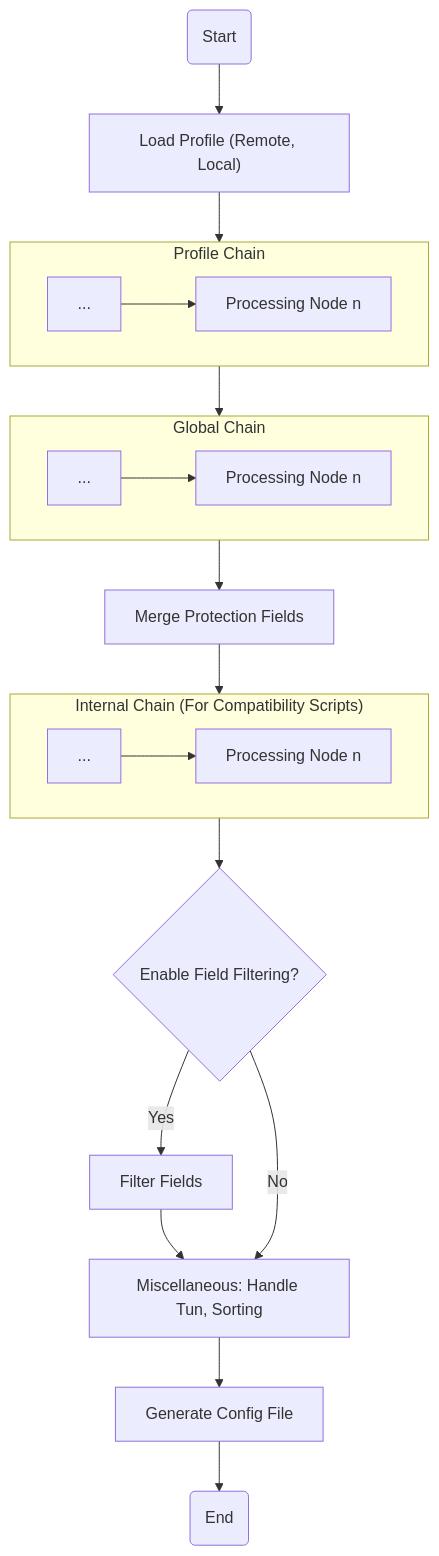
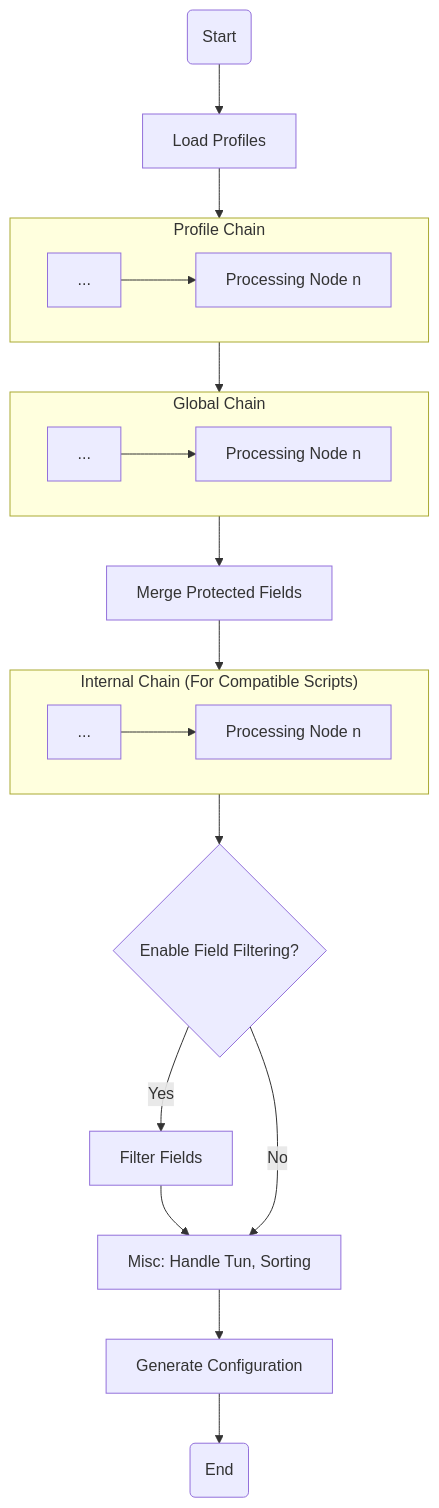
The diagram in tutorial/proxy-chain.md (libnyanpasu/libnyanpasu.github.io), drawn with Mermaid before and after one commit. The commit also changed other lines of this file and 4 other files, not shown here.

````diff
--- a/tutorial/proxy-chain.md
+++ b/tutorial/proxy-chain.md
@@ -11,15 +11,15 @@
 ```mermaid
 flowchart TD
-    A(Start)-->B["Load Profile (Remote, Local)"]-->profile_chain-->global_chain-->G[Merge Protection Fields]-->internal_chain-->J{Enable Field Filtering?}-->|Yes|K[Filter Fields]-->L[Miscellaneous: Handle Tun, Sorting]
+    A(Start)-->B["Load Profiles"]-->profile_chain-->global_chain-->G["Merge Protected Fields"]-->internal_chain-->J{"Enable Field Filtering?"}-->|Yes|K["Filter Fields"]-->L["Misc: Handle Tun, Sorting"]
     J-->|No|L
-    L-->M[Generate Config File]-->N(End)
+    L-->M[Generate Configuration]-->N(End)
     subgraph profile_chain [Profile Chain]
         C["..."]-->D["Processing Node n"]
     end
     subgraph global_chain [Global Chain]
         E["..."]-->F["Processing Node n"]
     end
-    subgraph internal_chain ["Internal Chain (For Compatibility Scripts)"]
+    subgraph internal_chain ["Internal Chain (For Compatible Scripts)"]
         H["..."]-->I["Processing Node n"]
     end
 ```
````
